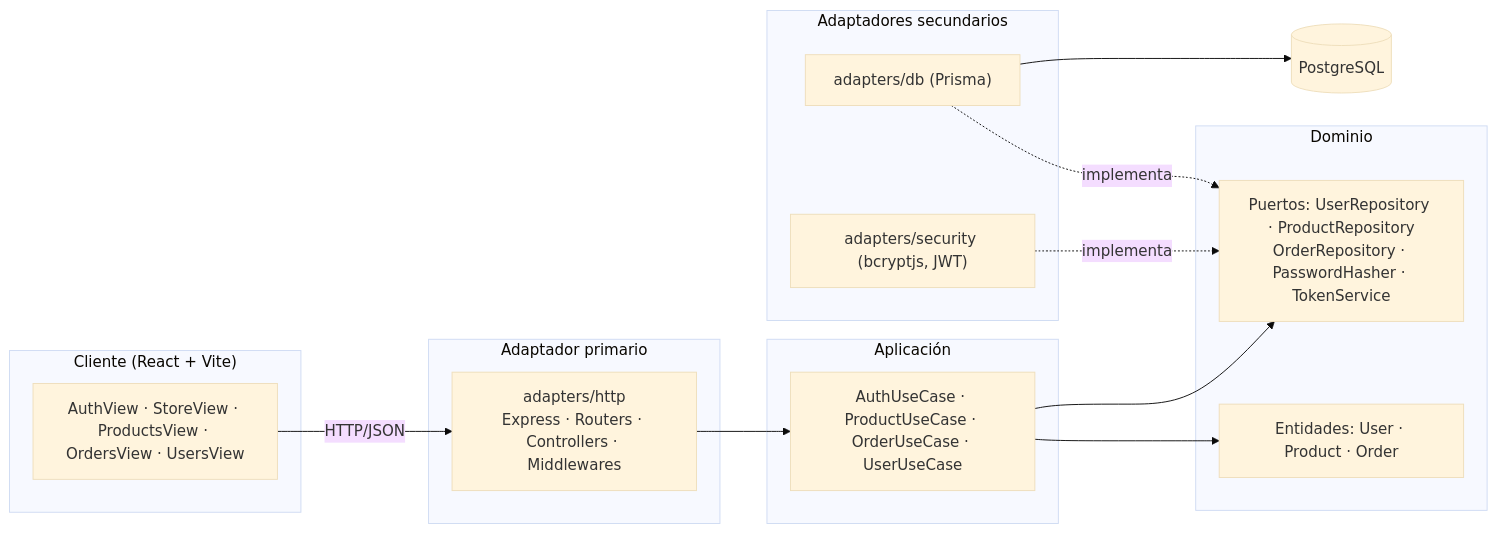
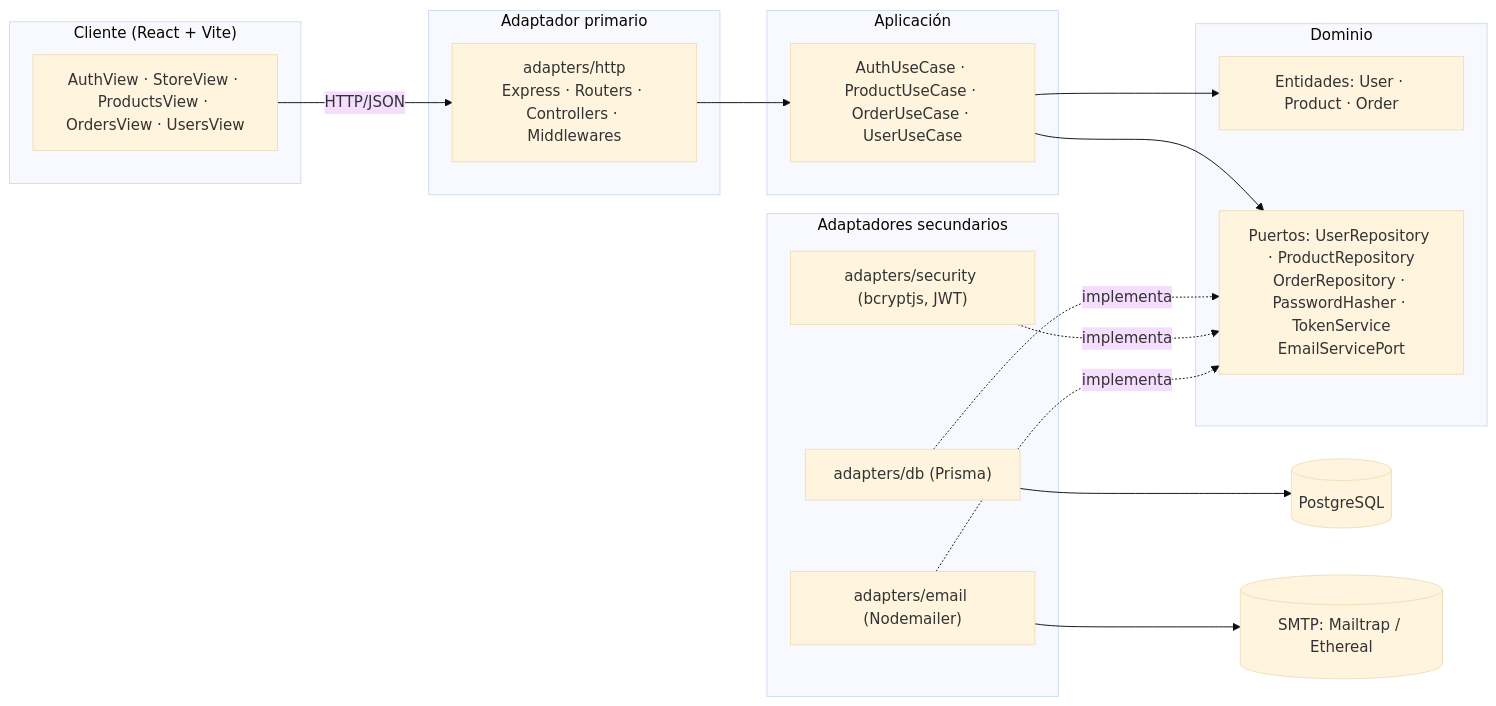
The first of 3 diagrams in docs/arquitectura.md (Rorre12/ecommerce-practica), drawn with Mermaid (base theme) before and after one commit. The commit also changed other lines of this file and 23 other files, not shown here.

First line of the commit message:
feat: notificaciones de pedido por correo con puerto EmailServicePort y adaptador Nodemailer

````diff
--- a/docs/arquitectura.md
+++ b/docs/arquitectura.md
@@ -9,32 +9,36 @@
 ```mermaid
 flowchart LR
     subgraph CLIENT["Cliente (React + Vite)"]
         UI["AuthView · StoreView · ProductsView · OrdersView · UsersView"]
     end
 
     subgraph IN["Adaptador primario"]
         HTTP["adapters/http<br/>Express · Routers · Controllers · Middlewares"]
     end
 
     subgraph APP["Aplicación"]
         UC["AuthUseCase · ProductUseCase · OrderUseCase · UserUseCase"]
     end
 
     subgraph DOMAIN["Dominio"]
         ENT["Entidades: User · Product · Order"]
-        PORTS["Puertos: UserRepository · ProductRepository<br/>OrderRepository · PasswordHasher · TokenService"]
+        PORTS["Puertos: UserRepository · ProductRepository<br/>OrderRepository · PasswordHasher · TokenService<br/>EmailServicePort"]
     end
 
     subgraph OUT["Adaptadores secundarios"]
         DB["adapters/db (Prisma)"]
         SEC["adapters/security (bcryptjs, JWT)"]
+        MAIL["adapters/email (Nodemailer)"]
     end
 
     PG[("PostgreSQL")]
+    SMTP[("SMTP: Mailtrap / Ethereal")]
 
     UI -- "HTTP/JSON" --> HTTP --> UC --> ENT
     UC --> PORTS
     DB -. implementa .-> PORTS
     SEC -. implementa .-> PORTS
+    MAIL -. implementa .-> PORTS
     DB --> PG
+    MAIL --> SMTP
 ```
````
